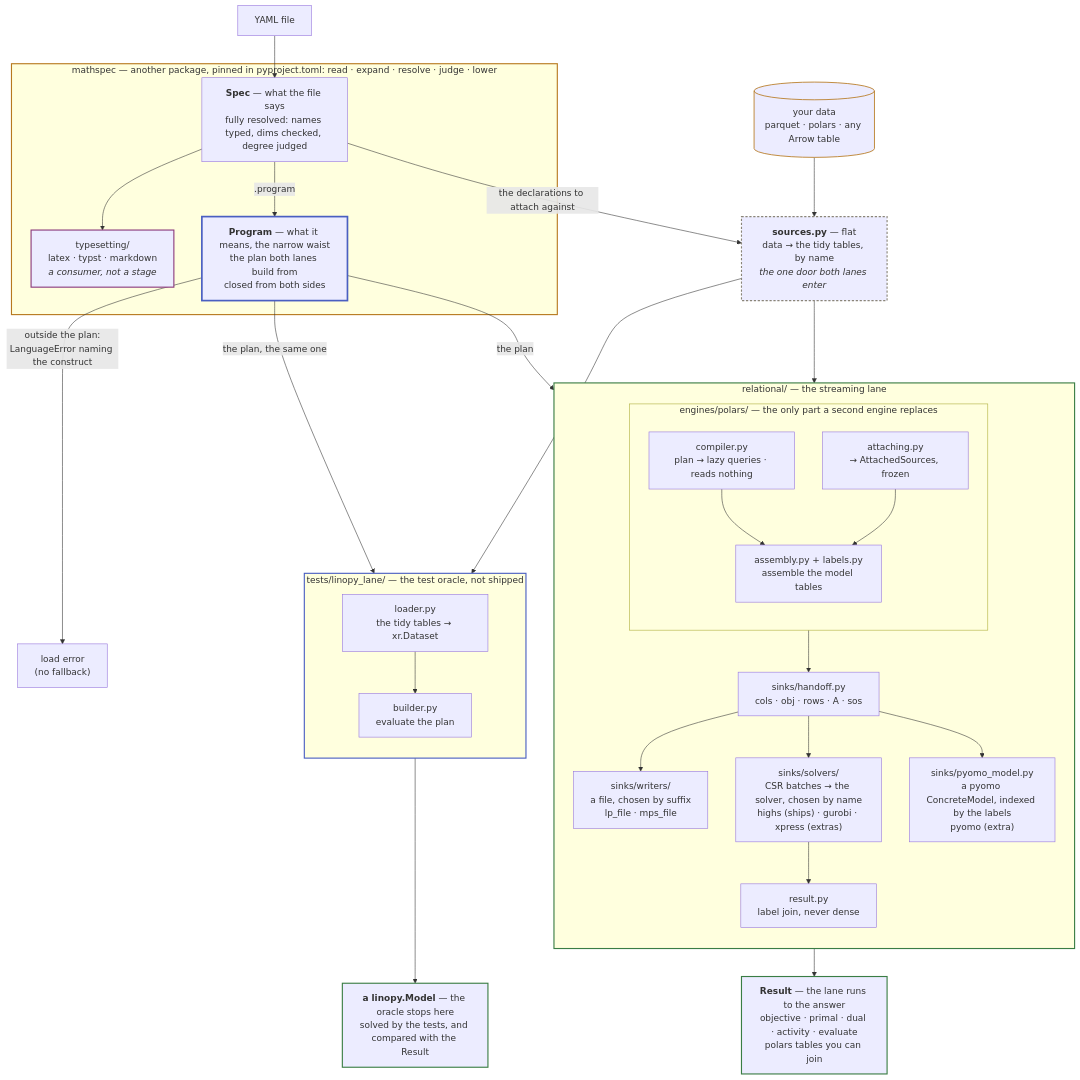
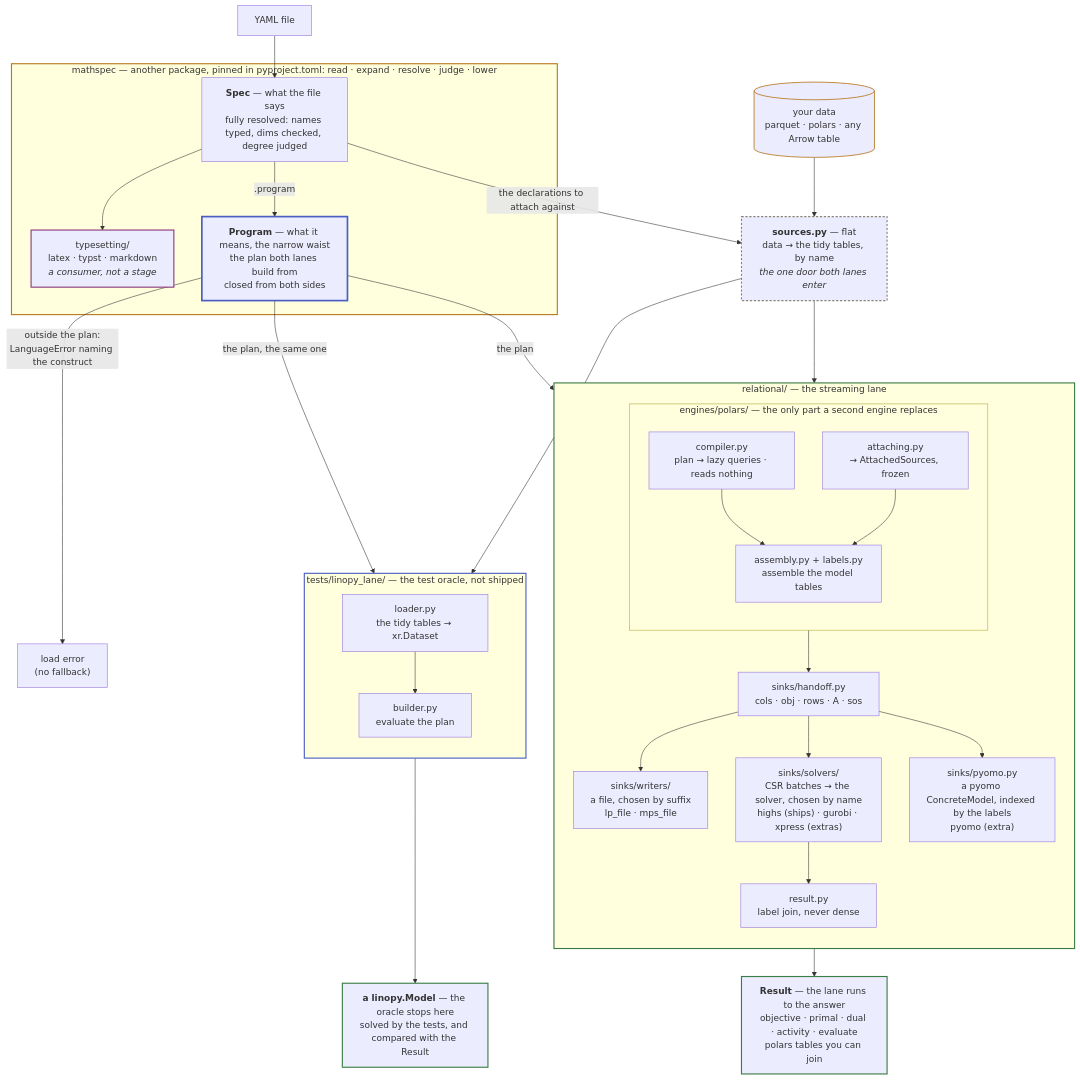
The first of 2 diagrams in docs/about/architecture.md (fluxopt/specsolve), drawn with Mermaid before and after one commit. The commit also changed other lines of this file and 4 other files, not shown here.

First line of the commit message:
chore(engine): the pyomo export module is sinks/pyomo.py

````diff
--- a/docs/about/architecture.md
+++ b/docs/about/architecture.md
@@ -60,60 +60,60 @@
 ```mermaid
 flowchart TB
     Y[YAML file] --> SPEC
     DATA[("your data<br/>parquet · polars · any Arrow table")] --> SRC
 
     subgraph MS["mathspec — another package, pinned in pyproject.toml: read · expand · resolve · judge · lower"]
         SPEC["<b>Spec</b> — what the file says<br/>fully resolved: names typed, dims checked, degree judged"]
         SPEC --> TS["typesetting/<br/>latex · typst · markdown<br/><i>a consumer, not a stage</i>"]
         SPEC -->|".program"| PLAN["<b>Program</b> — what it means, the narrow waist<br/>the plan both lanes build from<br/>closed from both sides"]
     end
 
     SPEC -->|"the declarations to attach against"| SRC
     SRC["<b>sources.py</b> — flat<br/>data → the tidy tables, by name<br/><i>the one door both lanes enter</i>"]
 
     PLAN -->|"outside the plan:<br/>LanguageError naming the construct"| ERR["load error<br/>(no fallback)"]
     PLAN -->|"the plan"| COMP
     SRC --> ATTACH
     PLAN -->|"the plan, the same one"| BUILD
     SRC --> LOAD
 
     subgraph REL["relational/ — the streaming lane"]
         direction TB
         subgraph ENG["engines/polars/ — the only part a second engine replaces"]
             direction TB
             COMP["compiler.py<br/>plan → lazy queries · reads nothing"] --> ENGINE
             ATTACH["attaching.py<br/>→ AttachedSources, frozen"] --> ENGINE["assembly.py + labels.py<br/>assemble the model tables"]
         end
         ENG --> TABLES["sinks/handoff.py<br/>cols · obj · rows · A · sos"]
         TABLES --> LPS["sinks/writers/<br/>a file, chosen by suffix<br/>lp_file · mps_file"]
         TABLES --> DIRECT["sinks/solvers/<br/>CSR batches → the solver, chosen by name<br/>highs (ships) · gurobi · xpress (extras)"]
-        TABLES --> PYO["sinks/pyomo_model.py<br/>a pyomo ConcreteModel, indexed by the labels<br/>pyomo (extra)"]
+        TABLES --> PYO["sinks/pyomo.py<br/>a pyomo ConcreteModel, indexed by the labels<br/>pyomo (extra)"]
         DIRECT --> SOL["result.py<br/>label join, never dense"]
     end
 
     SOL --> ANS["<b>Result</b> — the lane runs to the answer<br/>objective · primal · dual · activity · evaluate<br/>polars tables you can join"]
 
     subgraph LIN["tests/linopy_lane/ — the test oracle, not shipped"]
         direction TB
         LOAD["loader.py<br/>the tidy tables → xr.Dataset"] --> BUILD["builder.py<br/>evaluate the plan"]
     end
 
     BUILD --> MODEL["<b>a linopy.Model</b> — the oracle stops here<br/>solved by the tests, and compared with the Result"]
 
     classDef laneL stroke:#b7791f,stroke-width:2px
     classDef laneR stroke:#3a7d44,stroke-width:2px
     classDef laneE stroke:#4a5fc1,stroke-width:2px
     classDef laneT stroke:#8b3a7d,stroke-width:2px
     classDef waist stroke:#4a5fc1,stroke-width:3px
     classDef flat stroke:#8a8578,stroke-width:2px,stroke-dasharray:4 3
     classDef data stroke:#b7791f,stroke-width:1.5px
     classDef out stroke:#3a7d44,stroke-width:2px
     class MS laneL
     class REL laneR
     class LIN laneE
     class TS laneT
     class PLAN waist
     class SRC flat
     class DATA data
     class ANS,MODEL out
 ```
````
